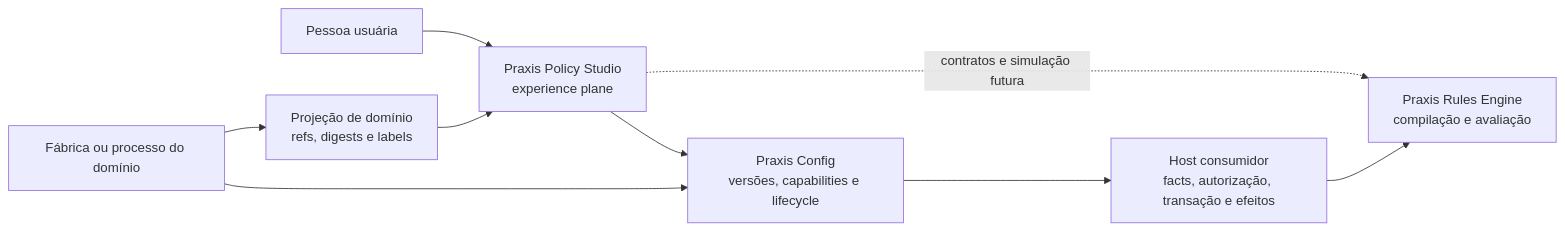
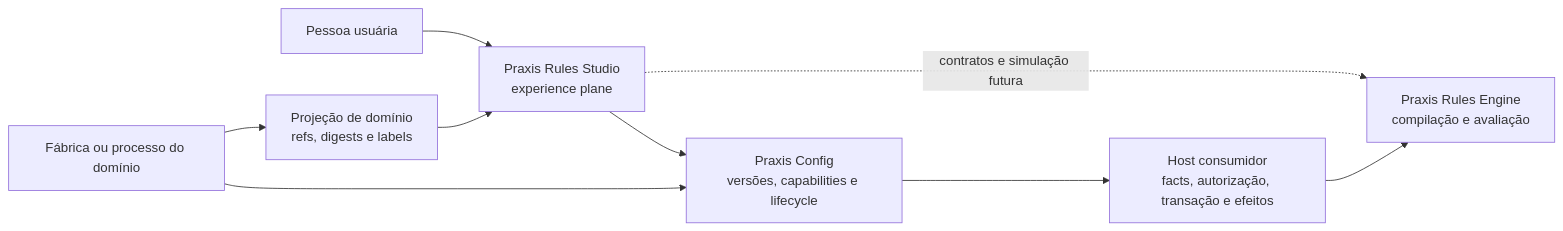
One commit to codexrodrigues/praxis-policy-studio changed the first of 3 diagrams in docs/architecture-and-continuation-guide.md. Above: the diagram before and after it, drawn with Mermaid. The commit also changed other lines of this file and 67 other files, not shown here.

````diff
--- a/docs/architecture-and-continuation-guide.md
+++ b/docs/architecture-and-continuation-guide.md
@@ -13,11 +13,11 @@
 ```mermaid
 flowchart LR
-    User["Pessoa usuária"] --> Studio["Praxis Policy Studio\nexperience plane"]
+    User["Pessoa usuária"] --> Studio["Praxis Rules Studio\nexperience plane"]
     Studio --> Config["Praxis Config\nversões, capabilities e lifecycle"]
     Studio -. "contratos e simulação futura" .-> Engine["Praxis Rules Engine\ncompilação e avaliação"]
     Config --> Host["Host consumidor\nfacts, autorização, transação e efeitos"]
     Host --> Engine
     Projection["Projeção de domínio\nrefs, digests e labels"] --> Studio
     Factory["Fábrica ou processo do domínio"] --> Projection
     Factory --> Config
 ```
````
